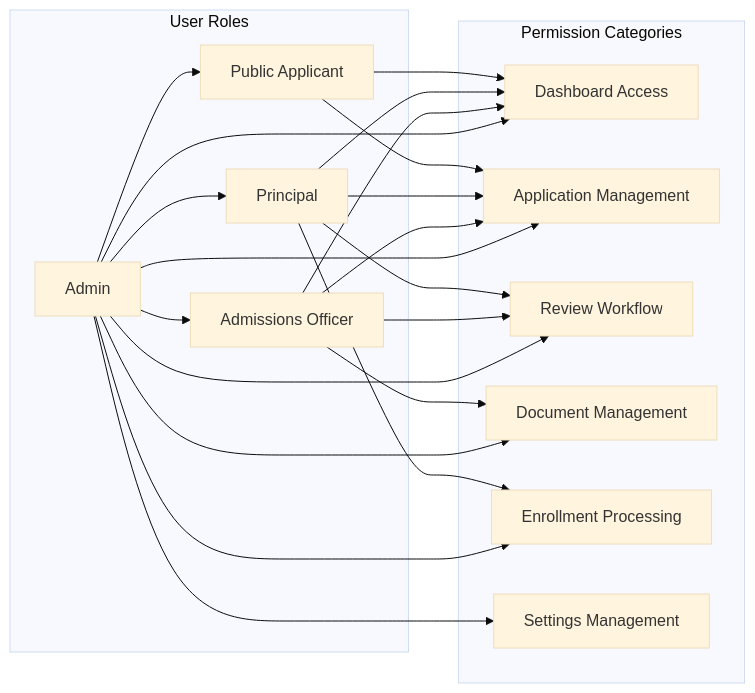
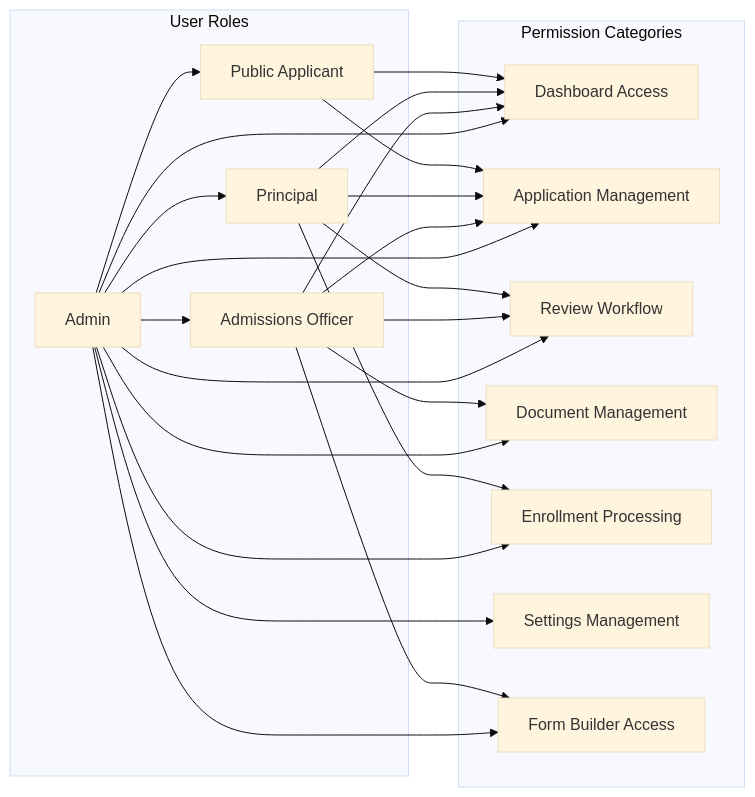
The sixth of 11 diagrams in .qoder/repowiki/en/content/Admissions Module.md (geniusdynamics/schoolpilot), drawn with Mermaid (base theme) before and after one commit. The commit also changed other lines of this file and 311 other files, not shown here.

````diff
--- a/.qoder/repowiki/en/content/Admissions Module.md
+++ b/.qoder/repowiki/en/content/Admissions Module.md
@@ -521,32 +274,35 @@
 ```mermaid
 graph LR
 subgraph "User Roles"
 A[Admin] --> B[Admissions Officer]
 A --> C[Principal]
 A --> D[Public Applicant]
 end
 subgraph "Permission Categories"
 E[Dashboard Access]
 F[Application Management]
 G[Review Workflow]
 H[Document Management]
 I[Enrollment Processing]
 J[Settings Management]
+K[Form Builder Access]
 end
 A --> E
 A --> F
 A --> G
 A --> H
 A --> I
 A --> J
+A --> K
 B --> E
 B --> F
 B --> G
 B --> H
+B --> K
 C --> E
 C --> F
 C --> G
 C --> I
 D --> E
 D --> F
 ```
````
